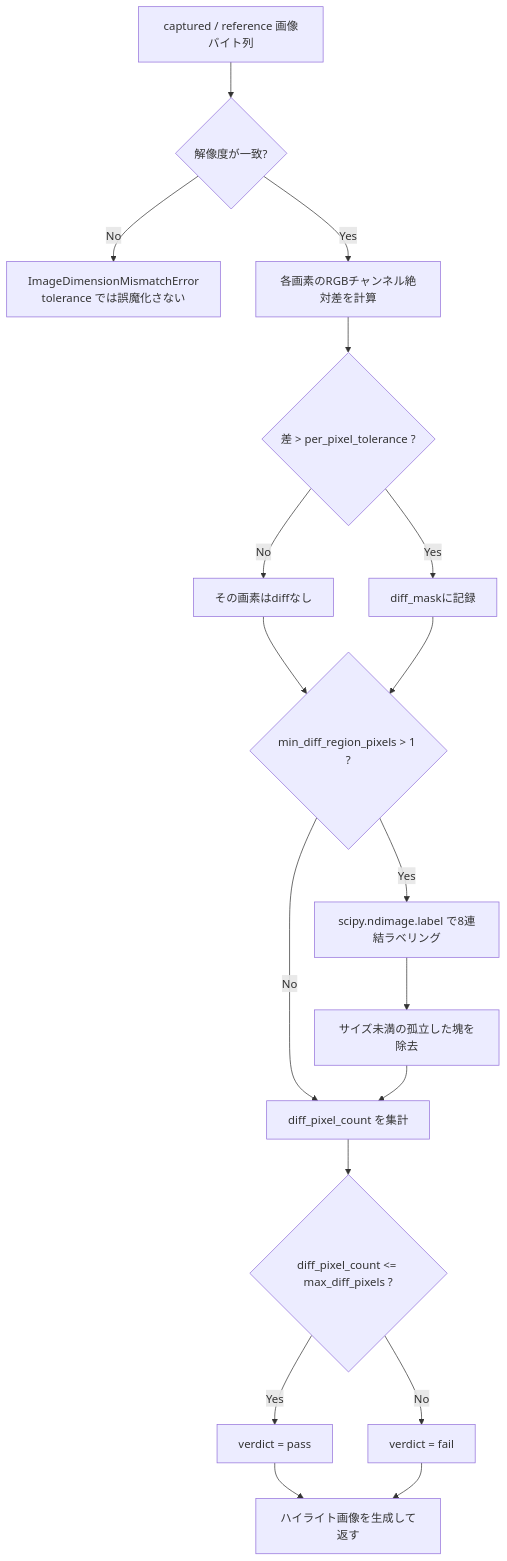
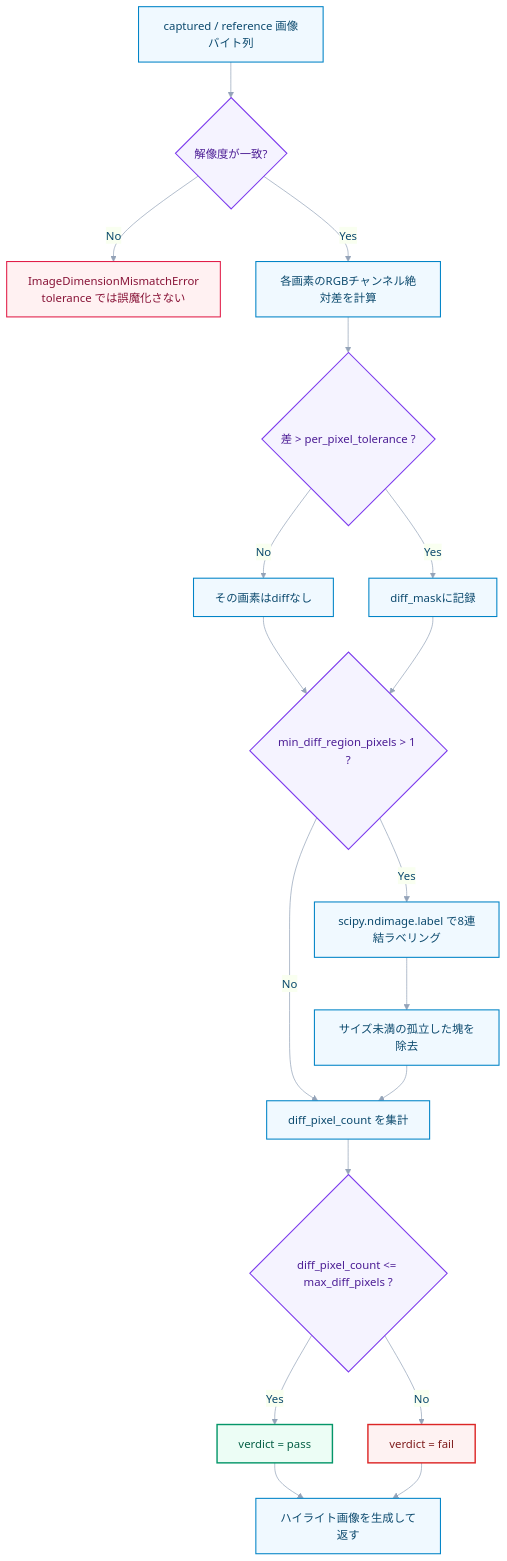
The fifth of 7 diagrams in docs/ARCHITECTURE.md (manato1201/VisualRegressionQATool), drawn with Mermaid before and after one commit. The commit also changed other lines of this file and 18 other files, not shown here.

First line of the commit message:
CaptureAgent の共通インターフェース(Unity/Houdini)を追加し、図に色を付けた

````diff
--- a/docs/ARCHITECTURE.md
+++ b/docs/ARCHITECTURE.md
@@ -193,19 +227,32 @@
 ```mermaid
+%%{init: {'theme': 'base', 'themeVariables': { 'primaryColor': '#f0f9ff', 'primaryBorderColor': '#0284c7', 'primaryTextColor': '#0c4a6e', 'lineColor': '#94a3b8', 'fontFamily': 'Inter, sans-serif' }}}%%
 flowchart TD
     A[captured / reference 画像バイト列] --> B{解像度が一致?}
     B -- No --> C[ImageDimensionMismatchError<br/>tolerance では誤魔化さない]
     B -- Yes --> D[各画素のRGBチャンネル絶対差を計算]
     D --> E{差 > per_pixel_tolerance ?}
     E -- No --> F[その画素はdiffなし]
     E -- Yes --> G[diff_maskに記録]
     F --> H
     G --> H{min_diff_region_pixels > 1 ?}
     H -- No --> I[diff_pixel_count を集計]
     H -- Yes --> J["scipy.ndimage.label で8連結ラベリング"]
     J --> K[サイズ未満の孤立した塊を除去]
     K --> I
     I --> L{diff_pixel_count <= max_diff_pixels ?}
     L -- Yes --> M[verdict = pass]
     L -- No --> N[verdict = fail]
     M & N --> O[ハイライト画像を生成して返す]
+
+    classDef decision fill:#f5f3ff,stroke:#7c3aed,stroke-width:1.5px,color:#4c1d95;
+    classDef process fill:#f0f9ff,stroke:#0284c7,stroke-width:1.5px,color:#0c4a6e;
+    classDef errorNode fill:#fff1f2,stroke:#e11d48,stroke-width:1.5px,color:#881337;
+    classDef passNode fill:#ecfdf5,stroke:#059669,stroke-width:2px,color:#065f46;
+    classDef failNode fill:#fef2f2,stroke:#dc2626,stroke-width:2px,color:#7f1d1d;
+
+    class B,E,H,L decision;
+    class A,D,F,G,I,J,K,O process;
+    class C errorNode;
+    class M passNode;
+    class N failNode;
 ```
````
